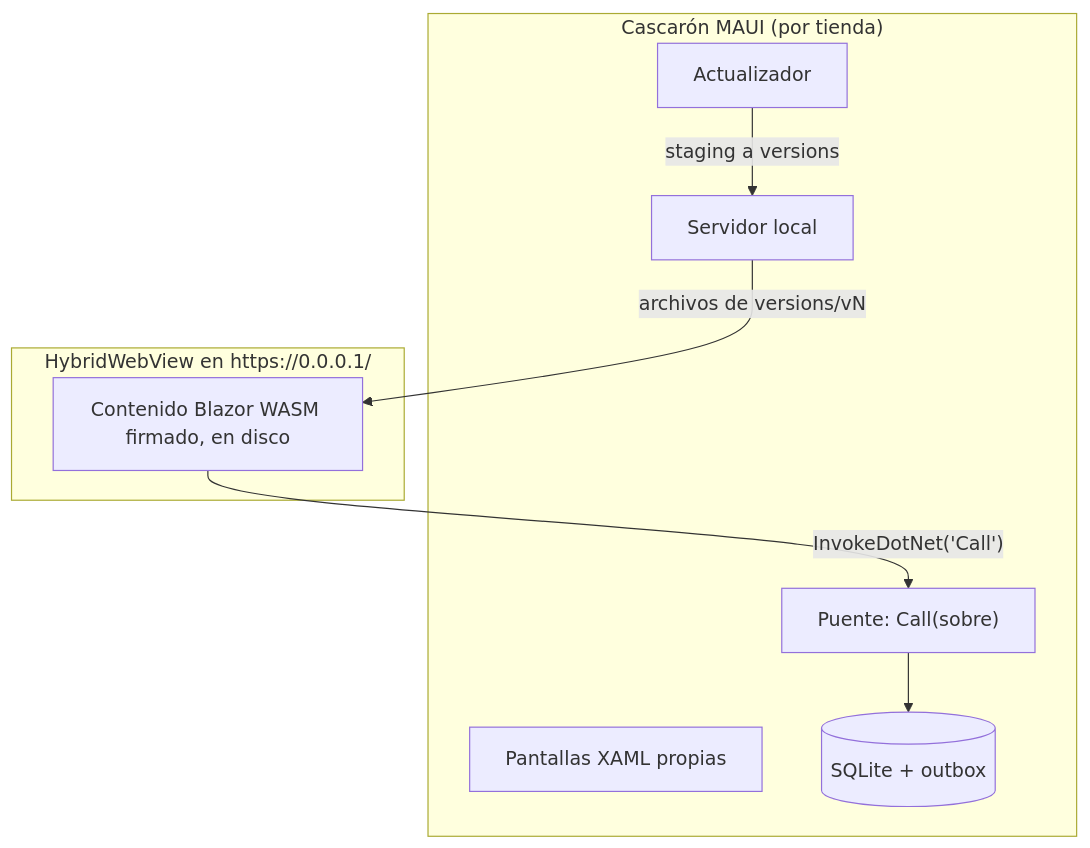
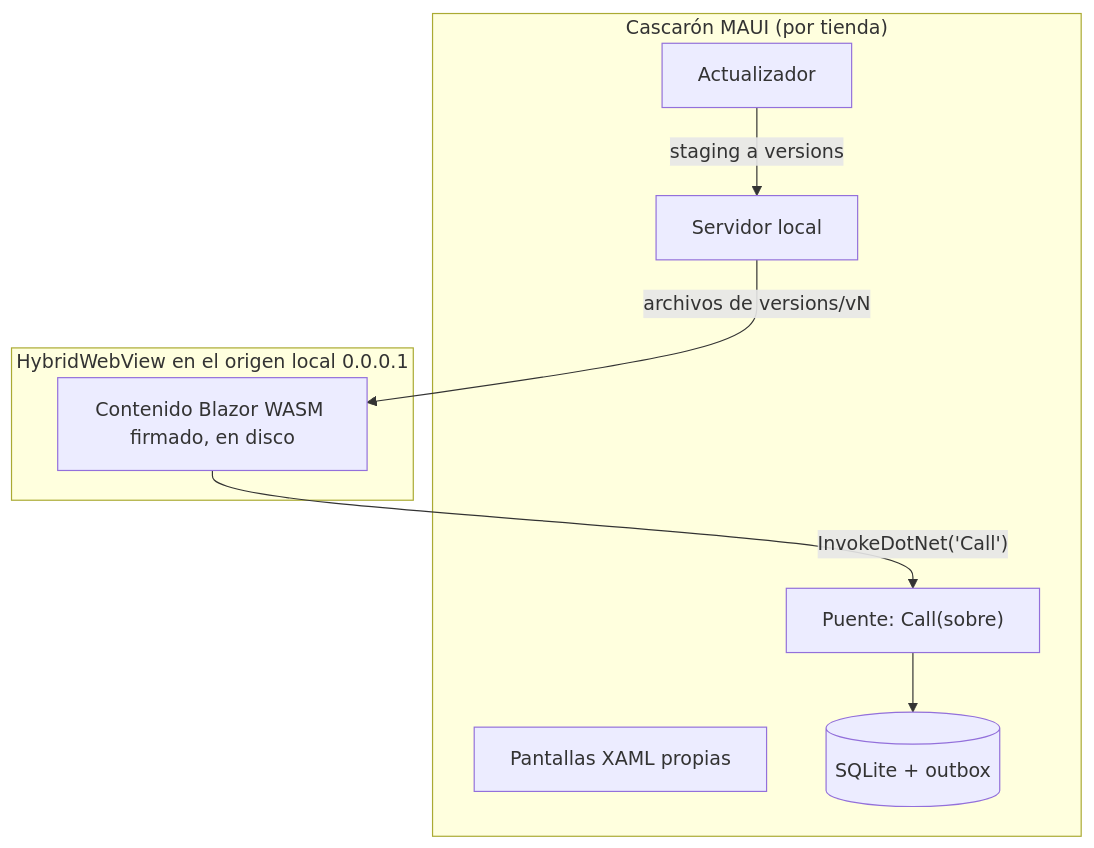
One commit to hdcm-dev/Lab-Documentos changed the second of 27 diagrams in Concepts/Framework-Concept/MAUI-Framework-Developer-Guide.md. Above: the diagram before and after it, drawn with Mermaid. The commit also changed other lines of this file, not shown here.

First line of the commit message:
FC: libro, tres diagramas mermaid que se dibujaban con «Unsupported markdown»

````diff
--- a/Concepts/Framework-Concept/MAUI-Framework-Developer-Guide.md
+++ b/Concepts/Framework-Concept/MAUI-Framework-Developer-Guide.md
@@ -184,17 +184,17 @@
 ```mermaid
 flowchart TB
   subgraph APK["Cascarón MAUI (por tienda)"]
     UI["Pantallas XAML propias"]
     ACT["Actualizador"]
     PUE["Puente: Call(sobre)"]
     DB[("SQLite + outbox")]
     SRV["Servidor local"]
   end
-  subgraph WV["HybridWebView en https://0.0.0.1/"]
+  subgraph WV["HybridWebView en el origen local 0.0.0.1"]
     C["Contenido Blazor WASM firmado, en disco"]
   end
   SRV -- "archivos de versions/vN" --> C
   C -- "InvokeDotNet('Call')" --> PUE
   PUE --> DB
   ACT -- "staging a versions" --> SRV
 ```
````
